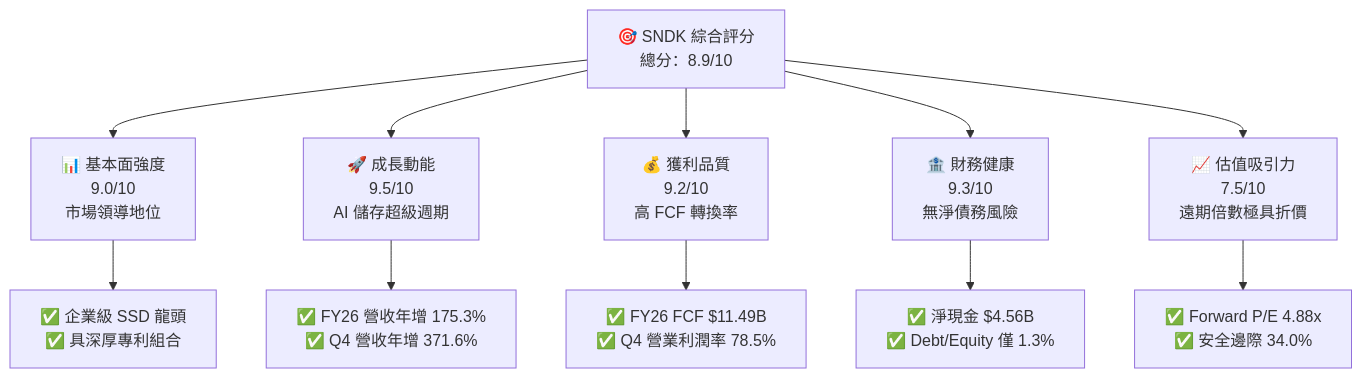
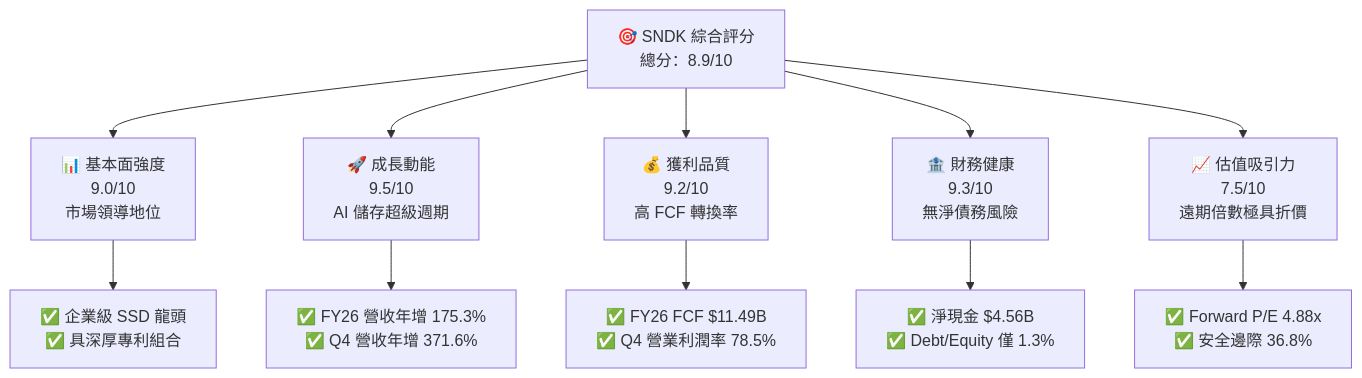
Before and after one commit to yennanliu/finance_data: the first of 15 diagrams in ai_gen_report/fundamental/sndk/fundamental_analysis_2026-10-17_gemini.md, drawn with Mermaid. The commit also changed other lines of this file and 339 other files, not shown here.

````diff
--- a/ai_gen_report/fundamental/sndk/fundamental_analysis_2026-10-17_gemini.md
+++ b/ai_gen_report/fundamental/sndk/fundamental_analysis_2026-10-17_gemini.md
@@ -60,22 +67,22 @@
 ```mermaid
 graph TD
     TICKER["🎯 SNDK 綜合評分<br/>總分：8.9/10"]
 
     F["📊 基本面強度<br/>9.0/10<br/>市場領導地位"]
     G["🚀 成長動能<br/>9.5/10<br/>AI 儲存超級週期"]
     P["💰 獲利品質<br/>9.2/10<br/>高 FCF 轉換率"]
     B["🏦 財務健康<br/>9.3/10<br/>無淨債務風險"]
     V["📈 估值吸引力<br/>7.5/10<br/>遠期倍數極具折價"]
 
     TICKER --> F
     TICKER --> G
     TICKER --> P
     TICKER --> B
     TICKER --> V
 
     F --> F1["✅ 企業級 SSD 龍頭<br/>✅ 具深厚專利組合"]
     G --> G1["✅ FY26 營收年增 175.3%<br/>✅ Q4 營收年增 371.6%"]
     P --> P1["✅ FY26 FCF $11.49B<br/>✅ Q4 營業利潤率 78.5%"]
     B --> B1["✅ 淨現金 $4.56B<br/>✅ Debt/Equity 僅 1.3%"]
-    V --> V1["✅ Forward P/E 4.88x<br/>✅ 安全邊際 34.0%"]
+    V --> V1["✅ Forward P/E 4.88x<br/>✅ 安全邊際 36.8%"]
 ```
````
